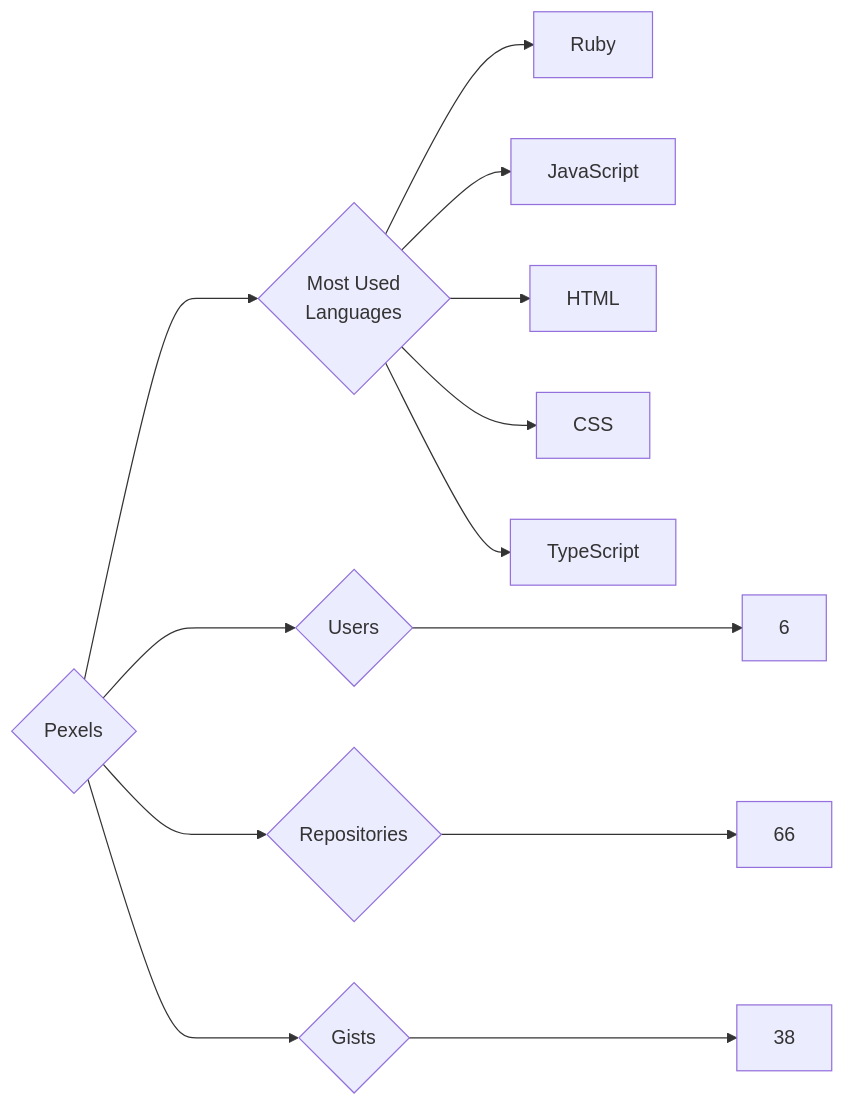
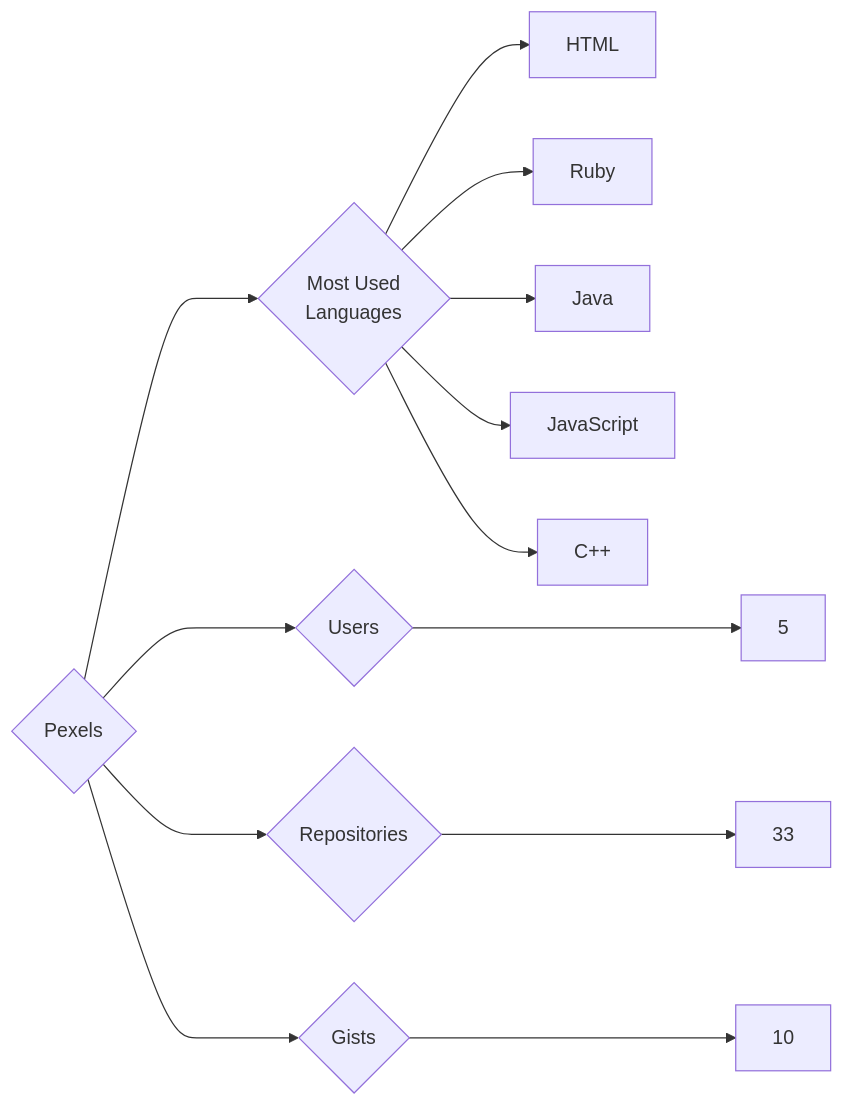
One commit to trickest/insiders changed the diagram in targets/Pexels/README.md. Above: the diagram before and after it, drawn with Mermaid. The commit also changed 582 other files, not shown here.

````diff
--- a/targets/Pexels/README.md
+++ b/targets/Pexels/README.md
@@ -3,13 +3,13 @@
 ```mermaid
 graph LR
 COMPANY_NAME{Pexels}
-COMPANY_NAME ---> U{Users} ---> UN[6]
-COMPANY_NAME ---> R{Repositories} ---> RN[66]
-COMPANY_NAME ---> G{Gists} ---> GN[38]
+COMPANY_NAME ---> U{Users} ---> UN[5]
+COMPANY_NAME ---> R{Repositories} ---> RN[33]
+COMPANY_NAME ---> G{Gists} ---> GN[10]
 COMPANY_NAME ---> ML{Most Used<br>Languages}
+ML --> HTML[HTML]
 ML --> Ruby[Ruby]
+ML --> Java[Java]
 ML --> JavaScript[JavaScript]
-ML --> HTML[HTML]
-ML --> CSS[CSS]
-ML --> TypeScript[TypeScript]
+ML --> C++[C++]
 ```
````
